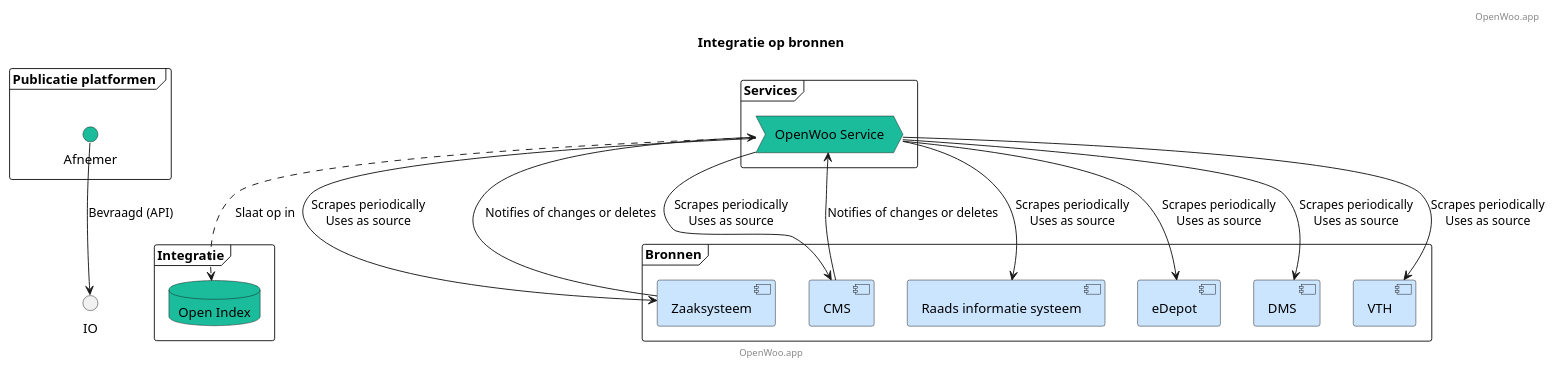
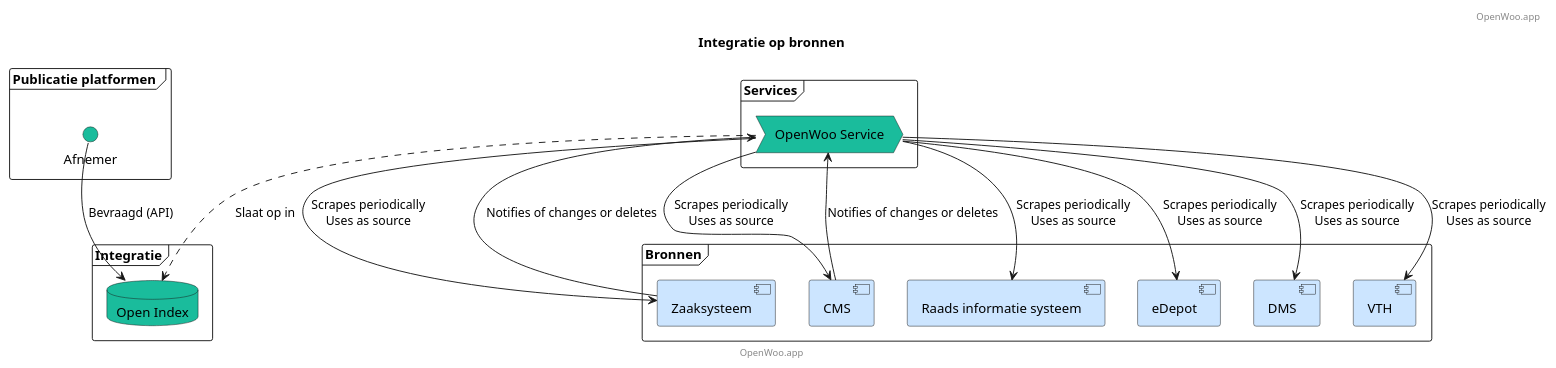
Before and after one commit to ConductionNL/woo-website-template: the diagram in docs/Bronnen.puml, drawn with PlantUML. The commit also changed 5 other files, not shown here.

```diff
--- a/docs/Bronnen.puml
+++ b/docs/Bronnen.puml
@@ -1,46 +1,46 @@
 @startuml
 title Integratie op bronnen
 footer: OpenWoo.app
 header: OpenWoo.app
 
 ' Publicatie platformen (Laag 5 UI)
 frame "Publicatie platformen " {
     interface "Afnemer" as Searchsite #1abc9c
 }
 
 ' Services(Laag 4)
 frame "Services" {
     process "OpenWoo Service"  as OWS #1abc9c
 }
 
 ' Integratie (Laag 3)
 frame "Integratie" {
     database "Open Index"  as OI #1abc9c
 }
 
 ' Bronnen (Laag 2)
 frame "Bronnen" {
     component "Zaaksysteem" as Zaaksysteem  #cce5ff
     component "CMS" as CMS  #cce5ff
     component "Raads informatie systeem" as Raadsinfo  #cce5ff
     component "eDepot" as eDepot  #cce5ff
     component "DMS" as DMS  #cce5ff
     component "VTH" as VTH  #cce5ff
 }
 
 ' Relationships
-Searchsite -down-> IO : Bevraagd (API)
+Searchsite -down-> OI : Bevraagd (API)
 OWS ..> OI: Slaat op in
 
 OWS -down-> CMS : Scrapes periodically\nUses as source
 OWS -down-> Zaaksysteem : Scrapes periodically\nUses as source
 OWS -down-> Raadsinfo : Scrapes periodically\nUses as source
 OWS -down-> eDepot : Scrapes periodically\nUses as source
 OWS -down-> DMS : Scrapes periodically\nUses as source
 OWS -down-> VTH : Scrapes periodically\nUses as source
 
 ' Notifications
 CMS -up-> OWS : Notifies of changes or deletes
 Zaaksysteem -up-> OWS : Notifies of changes or deletes
 
 @enduml
```
